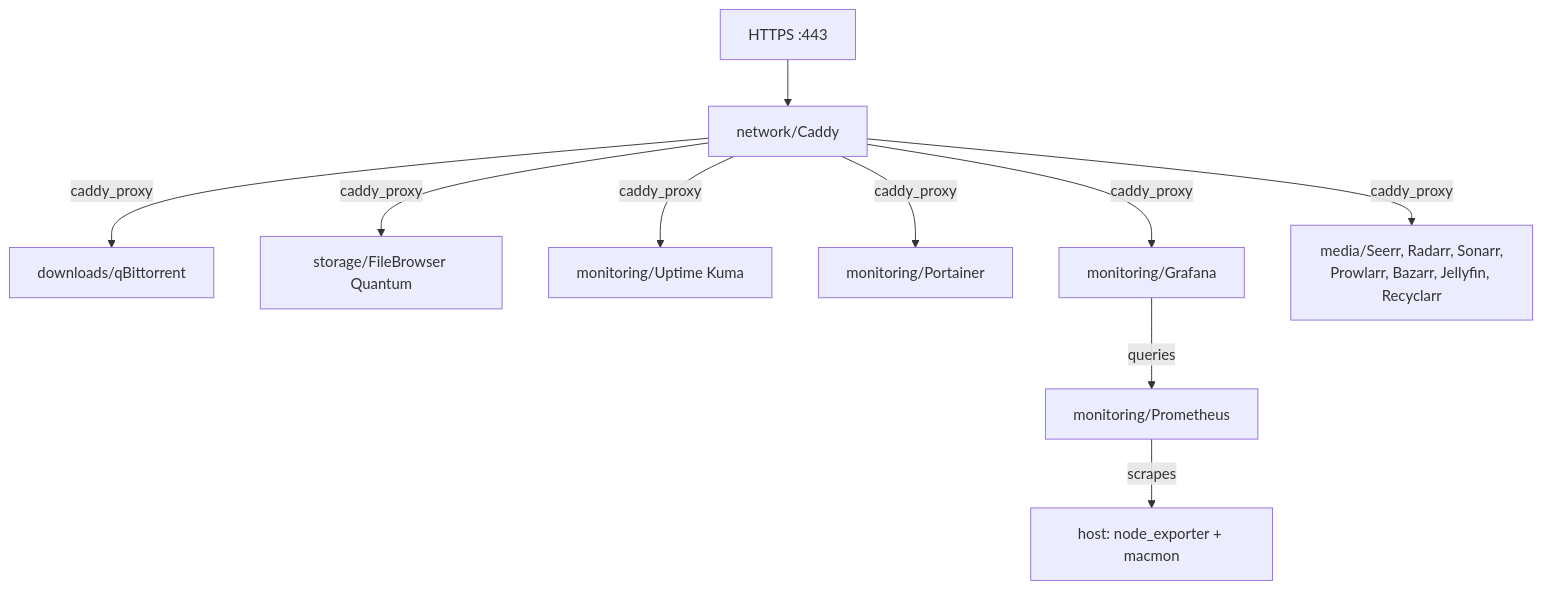
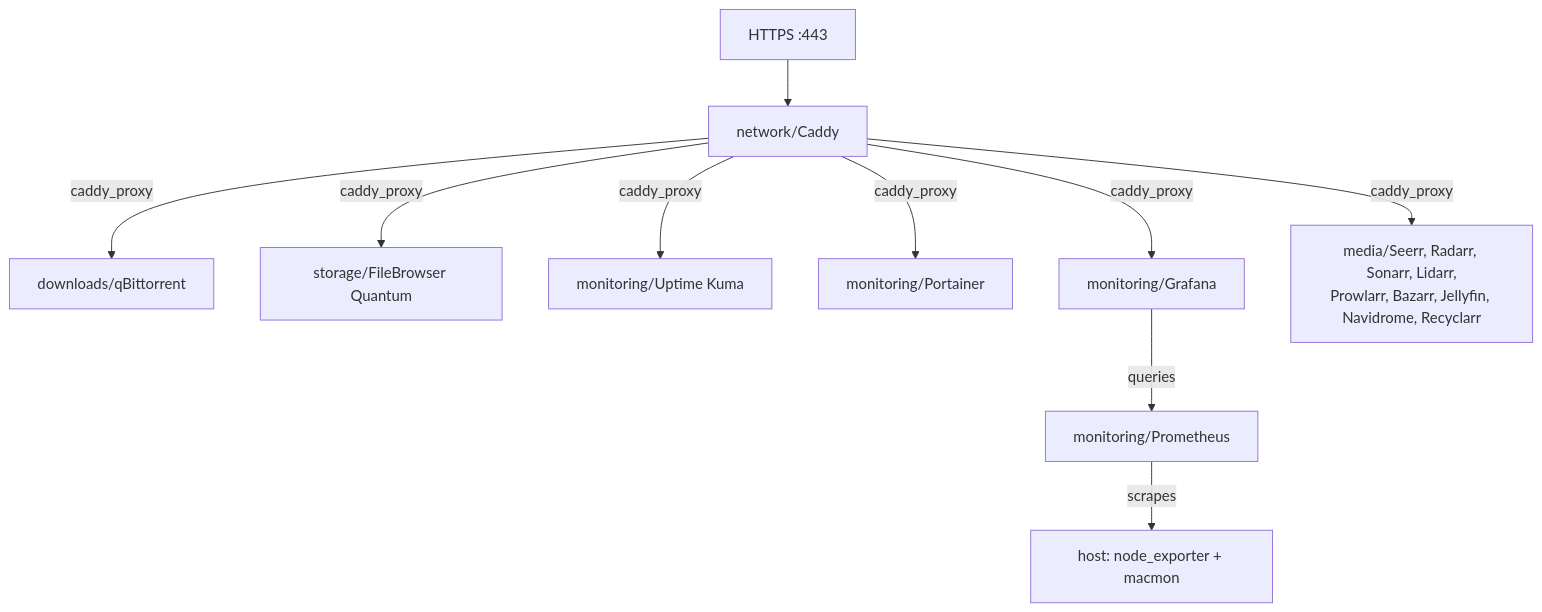
The diagram in profiles/homelab/mac/ops/services/README.md (bkov96/dotfiles), drawn with Mermaid before and after one commit. The commit also changed other lines of this file and 1 other file, not shown here.

````diff
--- a/profiles/homelab/mac/ops/services/README.md
+++ b/profiles/homelab/mac/ops/services/README.md
@@ -20,12 +20,12 @@
 ```mermaid
 graph TD
     Internet[HTTPS :443] --> Caddy[network/Caddy]
     Caddy -->|caddy_proxy| Downloads[downloads/qBittorrent]
     Caddy -->|caddy_proxy| Storage[storage/FileBrowser Quantum]
     Caddy -->|caddy_proxy| Uptime[monitoring/Uptime Kuma]
     Caddy -->|caddy_proxy| Portainer[monitoring/Portainer]
     Caddy -->|caddy_proxy| Grafana[monitoring/Grafana]
-    Caddy -->|caddy_proxy| Media[media/Seerr, Radarr, Sonarr,<br/>Prowlarr, Bazarr, Jellyfin, Recyclarr]
+    Caddy -->|caddy_proxy| Media[media/Seerr, Radarr, Sonarr, Lidarr,<br/>Prowlarr, Bazarr, Jellyfin, Navidrome, Recyclarr]
     Grafana -->|queries| Prom[monitoring/Prometheus]
     Prom -->|scrapes| Host[host: node_exporter + macmon]
 ```
````
